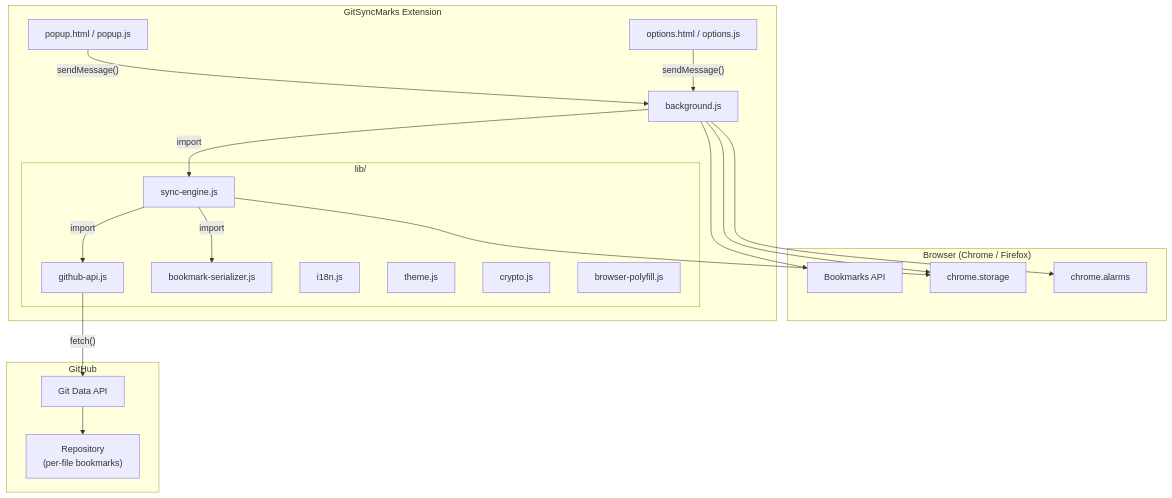
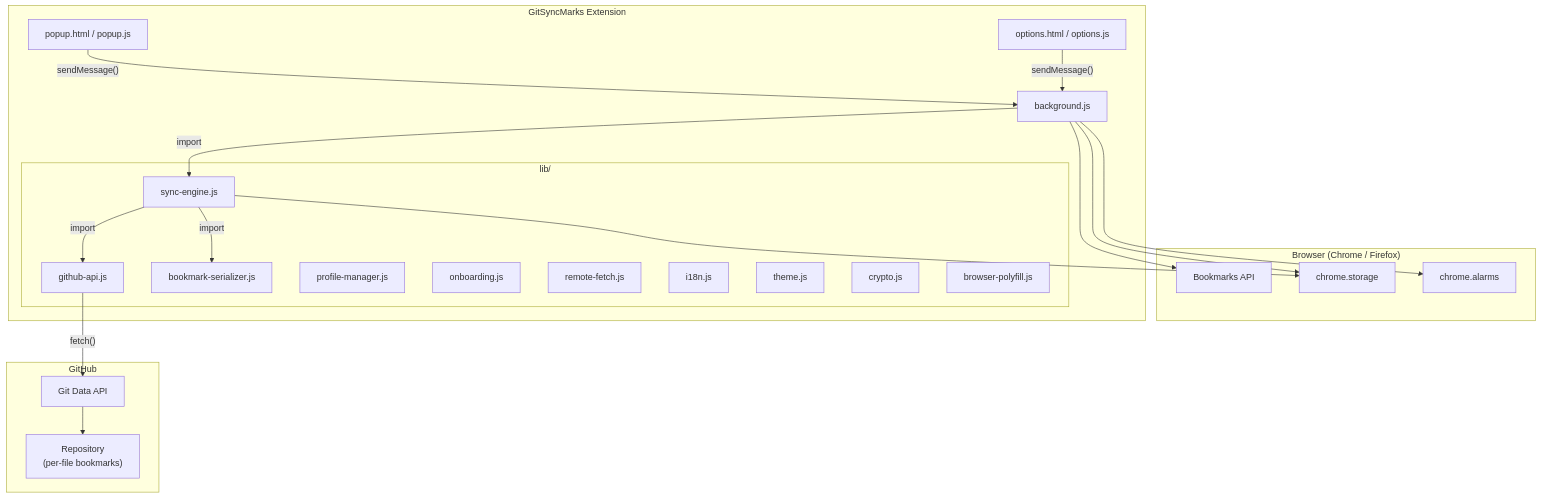
One commit to d0dg3r/BookHub changed the diagram in docs/ARCHITECTURE.md. Above: the diagram before and after it, drawn with Mermaid. The commit also changed other lines of this file and 12 other files, not shown here.

````diff
--- a/docs/ARCHITECTURE.md
+++ b/docs/ARCHITECTURE.md
@@ -7,40 +7,43 @@
 ```mermaid
 flowchart TB
     subgraph Browser["Browser (Chrome / Firefox)"]
         BM["Bookmarks API"]
         Storage["chrome.storage"]
         Alarms["chrome.alarms"]
     end
 
     subgraph Extension["GitSyncMarks Extension"]
         BG["background.js"]
         Popup["popup.html / popup.js"]
         Options["options.html / options.js"]
         subgraph Lib["lib/"]
             SE["sync-engine.js"]
             GH["github-api.js"]
             BS["bookmark-serializer.js"]
+            PM["profile-manager.js"]
+            OB["onboarding.js"]
+            RF["remote-fetch.js"]
             I18N["i18n.js"]
             Theme["theme.js"]
             Crypto["crypto.js"]
             Polyfill["browser-polyfill.js"]
         end
     end
 
     subgraph Remote["GitHub"]
         GitAPI["Git Data API"]
         Repo["Repository\n(per-file bookmarks)"]
     end
 
     Popup -- "sendMessage()" --> BG
     Options -- "sendMessage()" --> BG
     BG -- "import" --> SE
     SE -- "import" --> GH
     SE -- "import" --> BS
     BG --> BM
     BG --> Storage
     BG --> Alarms
     SE --> Storage
     GH -- "fetch()" --> GitAPI
     GitAPI --> Repo
 ```
````
